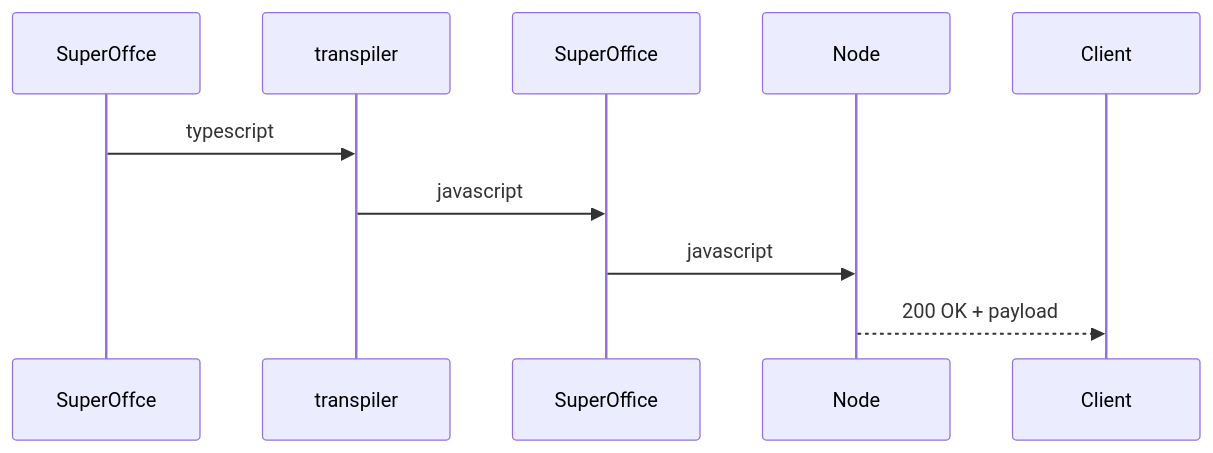
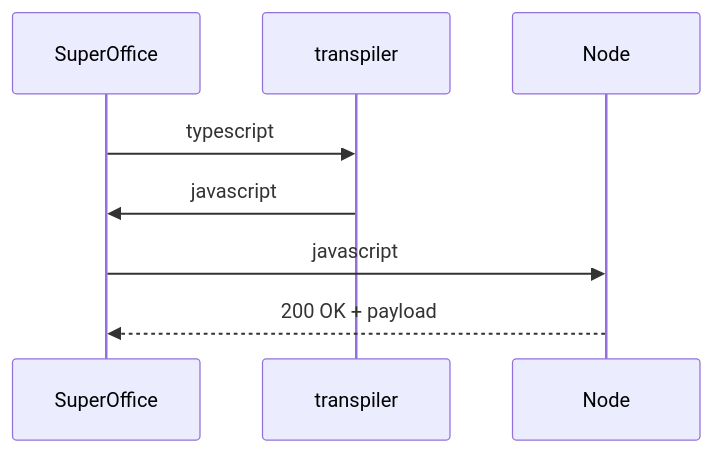
One commit to SuperOffice/dev-proposals changed the diagram in specs/2025/001-tsfso.md. Above: the diagram before and after it, drawn with Mermaid.

Commit message:
Fixed mermaid diagram, typos etc

````diff
--- a/specs/2025/001-tsfso.md
+++ b/specs/2025/001-tsfso.md
@@ -71,7 +71,7 @@
 ```mermaid
 sequenceDiagram
-    SuperOffce->>transpiler: typescript
+    SuperOffice->>transpiler: typescript
     transpiler->>SuperOffice: javascript
     SuperOffice->>Node: javascript
-    Node-->>Client: 200 OK + payload
+    Node-->>SuperOffice: 200 OK + payload
 ```
````
